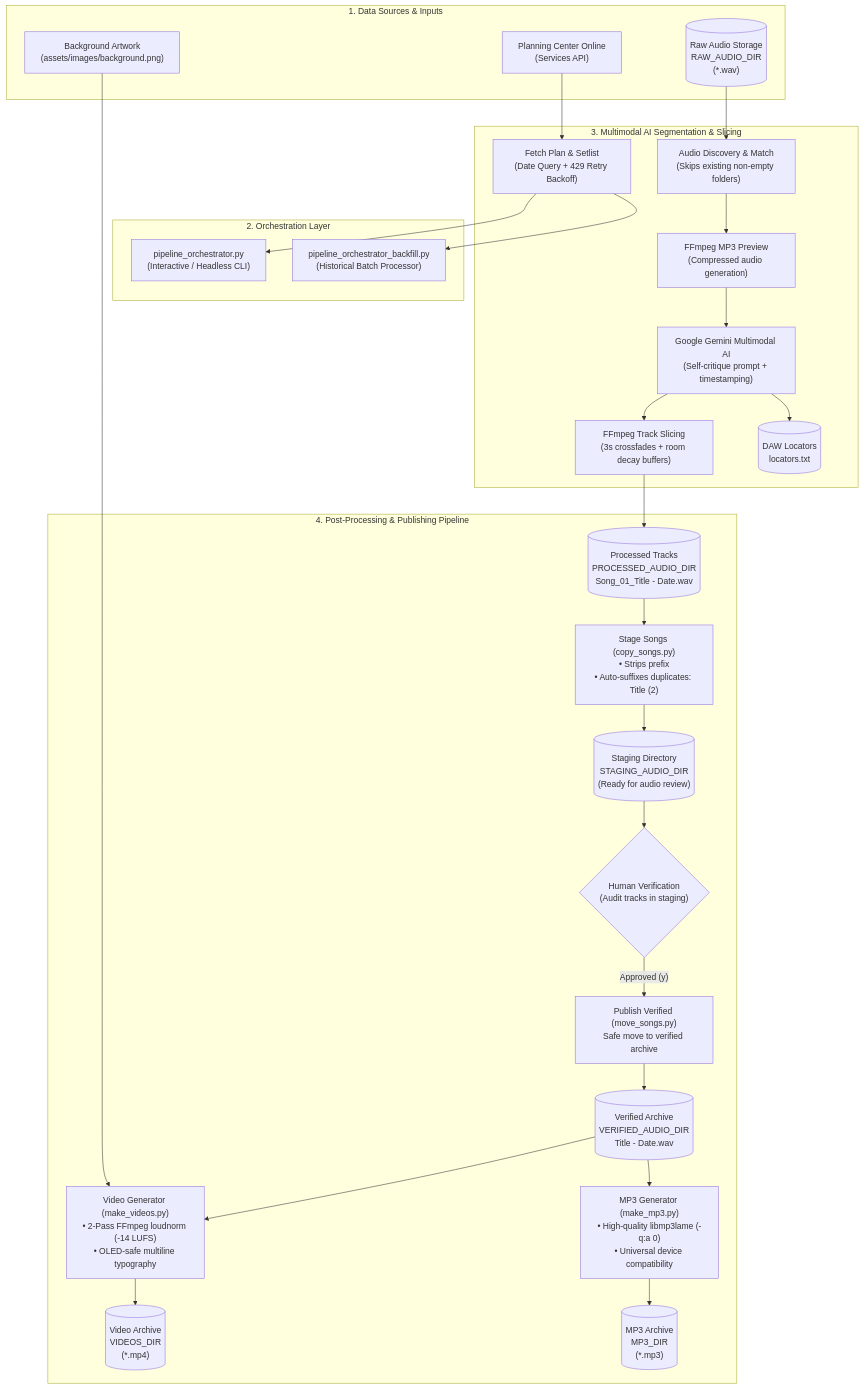
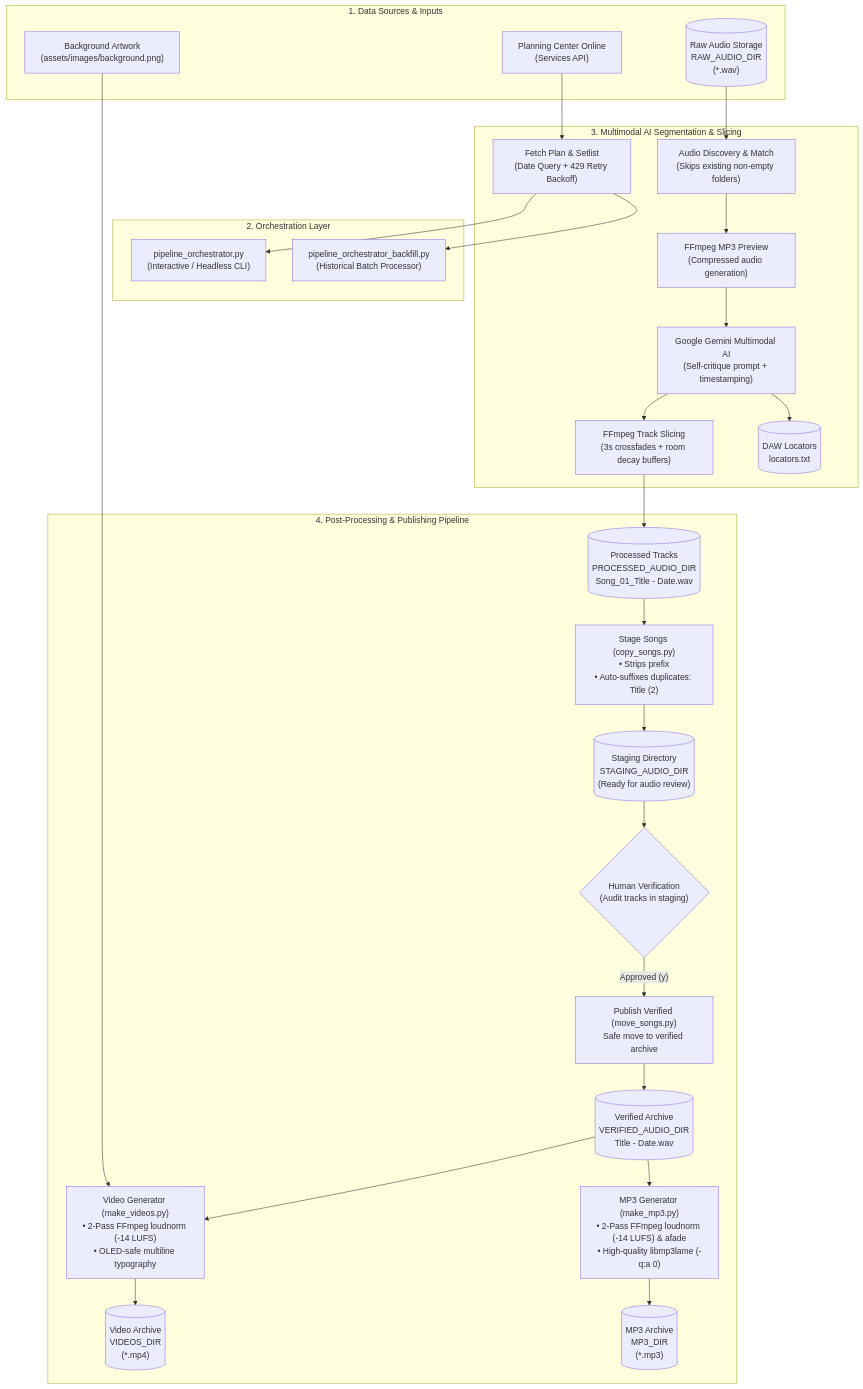
The diagram in README.md (m4dc0w/song-recording-catalog-pipeline), drawn with Mermaid before and after one commit. The commit also changed other lines of this file and 2 other files, not shown here.

Commit message:
feat(mp3): add EBU R128 normalization and fade-in
Implement 2-pass FFmpeg normalization to -14 LUFS and a 3-second audio fade-in to MP3 generation for improved listening quality.

````diff
--- a/README.md
+++ b/README.md
@@ -27,61 +27,61 @@
 ```mermaid
 flowchart TD
     %% External Inputs & APIs
     subgraph Inputs["1. Data Sources & Inputs"]
         PCO["Planning Center Online<br/>(Services API)"]
         RawAudio[("Raw Audio Storage<br/>RAW_AUDIO_DIR<br/>(*.wav)")]
         BgImage["Background Artwork<br/>(assets/images/background.png)"]
     end
 
     %% Orchestrators
     subgraph Orchestration["2. Orchestration Layer"]
         CLI["pipeline_orchestrator.py<br/>(Interactive / Headless CLI)"]
         Backfill["pipeline_orchestrator_backfill.py<br/>(Historical Batch Processor)"]
     end
 
     %% Ingestion & AI Segmentation
     subgraph Segmentation["3. Multimodal AI Segmentation & Slicing"]
         FetchPlan["Fetch Plan & Setlist<br/>(Date Query + 429 Retry Backoff)"]
         MatchAudio["Audio Discovery & Match<br/>(Skips existing non-empty folders)"]
         Downsample["FFmpeg MP3 Preview<br/>(Compressed audio generation)"]
         Gemini["Google Gemini Multimodal AI<br/>(Self-critique prompt + timestamping)"]
         Slicer["FFmpeg Track Slicing<br/>(3s crossfades + room decay buffers)"]
         DawMarkers[("DAW Locators<br/>locators.txt")]
     end
 
     %% Storage & Post Processing
     subgraph PostProcessing["4. Post-Processing & Publishing Pipeline"]
         Processed[("Processed Tracks<br/>PROCESSED_AUDIO_DIR<br/>Song_01_Title - Date.wav")]
         Stage["Stage Songs (copy_songs.py)<br/>• Strips prefix<br/>• Auto-suffixes duplicates: Title (2)"]
         Staging[("Staging Directory<br/>STAGING_AUDIO_DIR<br/>(Ready for audio review)")]
         Verify{"Human Verification<br/>(Audit tracks in staging)"}
         Move["Publish Verified (move_songs.py)<br/>Safe move to verified archive"]
         Verified[("Verified Archive<br/>VERIFIED_AUDIO_DIR<br/>Title - Date.wav")]
         MakeVideo["Video Generator (make_videos.py)<br/>• 2-Pass FFmpeg loudnorm (-14 LUFS)<br/>• OLED-safe multiline typography"]
         Videos[("Video Archive<br/>VIDEOS_DIR<br/>(*.mp4)")]
-        MakeMP3["MP3 Generator (make_mp3.py)<br/>• High-quality libmp3lame (-q:a 0)<br/>• Universal device compatibility"]
+        MakeMP3["MP3 Generator (make_mp3.py)<br/>• 2-Pass FFmpeg loudnorm (-14 LUFS) & afade<br/>• High-quality libmp3lame (-q:a 0)"]
         MP3s[("MP3 Archive<br/>MP3_DIR<br/>(*.mp3)")]
     end
 
     %% Connections
     PCO --> FetchPlan
     RawAudio --> MatchAudio
     FetchPlan --> CLI
     FetchPlan --> Backfill
     MatchAudio --> Downsample
     Downsample --> Gemini
     Gemini --> DawMarkers
     Gemini --> Slicer
     Slicer --> Processed
 
     Processed --> Stage
     Stage --> Staging
     Staging --> Verify
     Verify -- "Approved (y)" --> Move
     Move --> Verified
     Verified --> MakeVideo
     BgImage --> MakeVideo
     MakeVideo --> Videos
     Verified --> MakeMP3
     MakeMP3 --> MP3s
 ```
````
